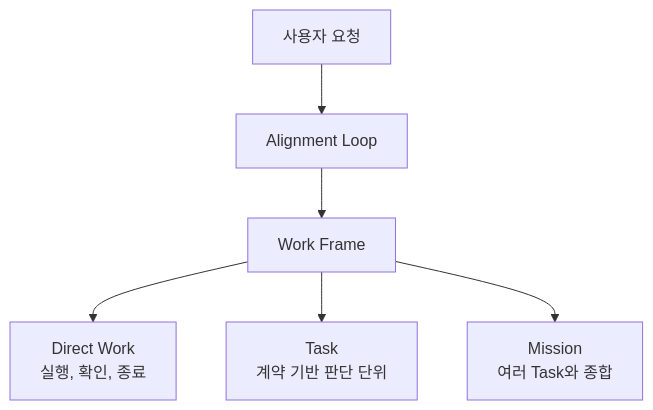
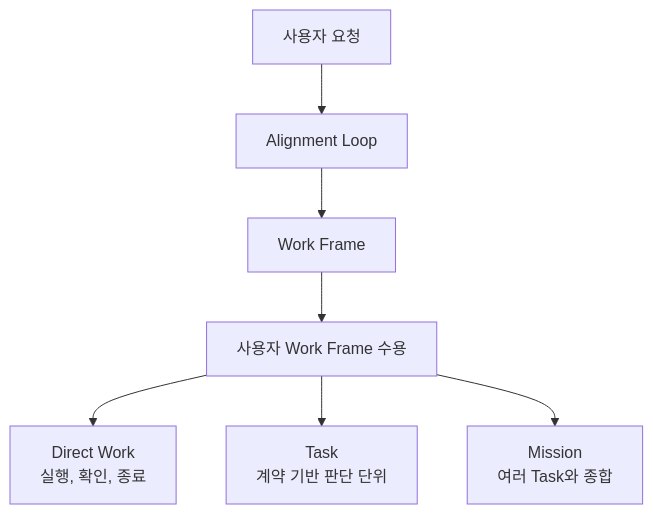
The first of 2 diagrams in README.ko.md (choam2426/Geas), drawn with Mermaid before and after one commit. The commit also changed 10 other files, not shown here.

First line of the commit message:
Define acceptance process and Work Frame approval gate

````diff
--- a/README.ko.md
+++ b/README.ko.md
@@ -103,8 +103,9 @@
 ```mermaid
 flowchart TD
   request["사용자 요청"] --> align["Alignment Loop"]
   align --> frame["Work Frame"]
-  frame --> direct["Direct Work<br/>실행, 확인, 종료"]
-  frame --> task["Task<br/>계약 기반 판단 단위"]
-  frame --> mission["Mission<br/>여러 Task와 종합"]
+  frame --> frameAccept["사용자 Work Frame 수용"]
+  frameAccept --> direct["Direct Work<br/>실행, 확인, 종료"]
+  frameAccept --> task["Task<br/>계약 기반 판단 단위"]
+  frameAccept --> mission["Mission<br/>여러 Task와 종합"]
 ```
````
